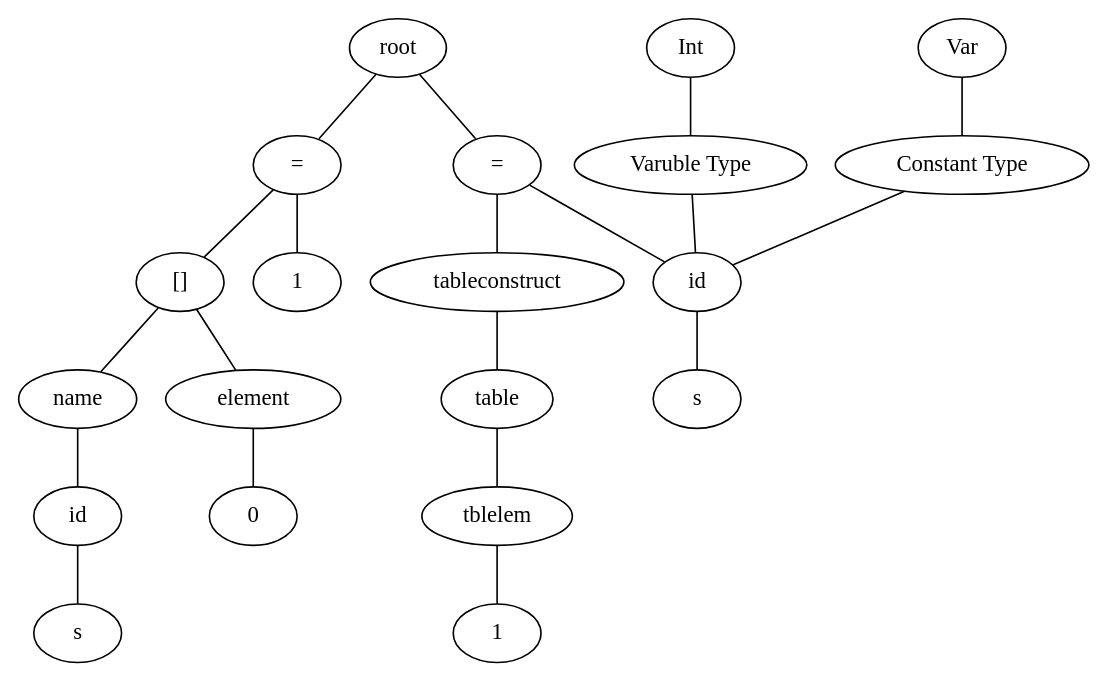
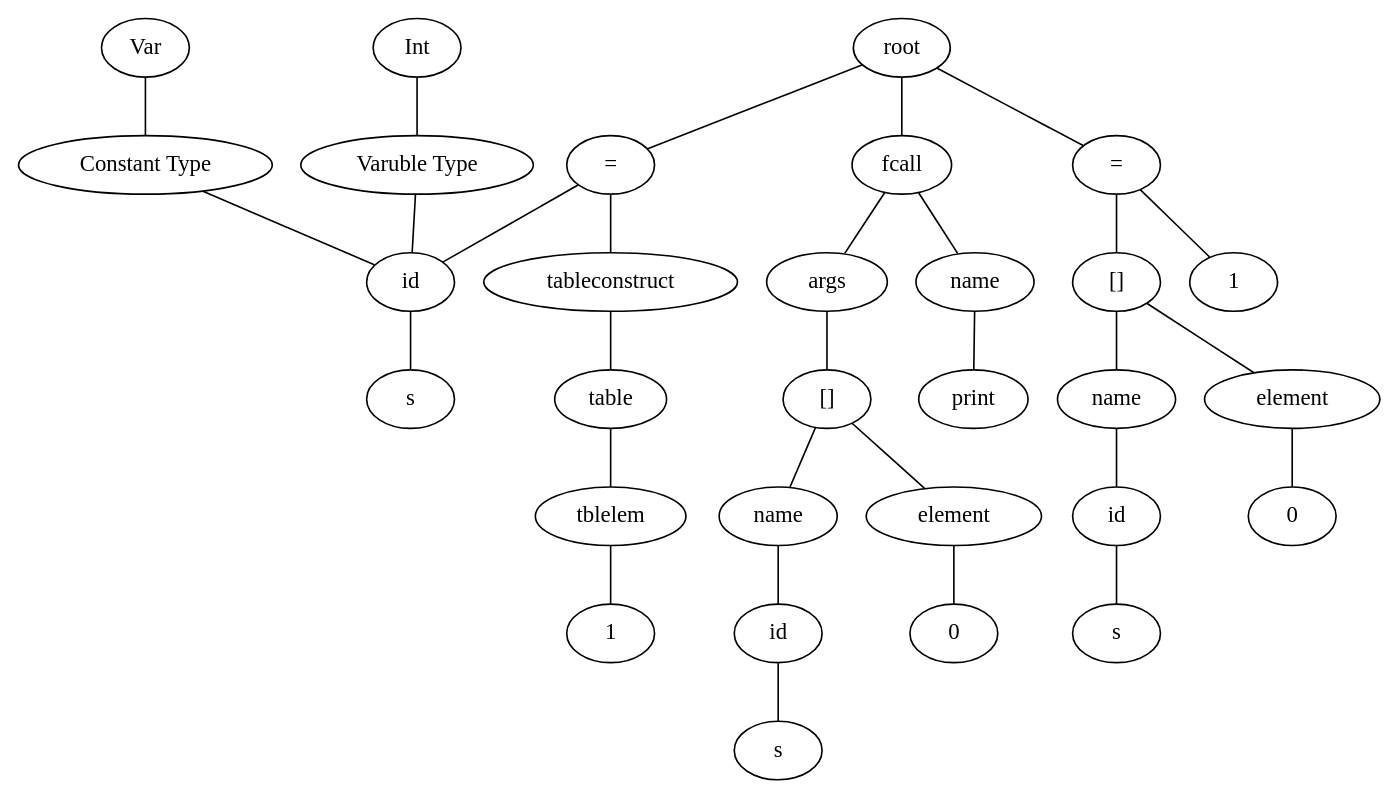
The diagram in build/file.dot (TAIIOK/SwiftCompilerToJavaByteCode), drawn with Graphviz before and after one commit. The commit also changed 6 other files, not shown here.

```diff
--- a/build/file.dot
+++ b/build/file.dot
@@ -1,41 +1,61 @@
 graph graphname {
 root;
 assign0[label = "="];
 root--assign0;
 expr0[label = "id"];
 assign0--expr0;
 type0[label = "Varuble Type"];
 type0--expr0;
 type1[label = "Int"];
 type1--type0;
 consttype0[label = "Constant Type"];
 consttype0--expr0;
 consttype1[label = "Var"];
 consttype1--consttype0;
 expr1[label = "s"];
 expr0--expr1;
 expr2[label = "tableconstruct"];
 assign0--expr2;
 table0[label = "table"];
 expr2--table0;
 table00[label = "tblelem"];
 table0--table00;
 expr3[label = "1"];
 table00--expr3;
 assign1[label = "="];
 root--assign1;
 expr4[label = "[]"];
 assign1--expr4;
 expr4name[label = "name"];
 expr5[label = "id"];
 expr4name--expr5;
 expr6[label = "s"];
 expr5--expr6;
 expr4--expr4name;
 expr4args[label = " element "];
 expr4 -- expr4args;
 expr7[label = "0"];
 expr4args--expr7;
 expr8[label = "1"];
 assign1--expr8;
+expr9[label = "fcall"];
+root--expr9;
+expr9name[label = "name"];
+expr10[label = "print"];
+expr9name--expr10;
+expr9--expr9name;
+expr9args[label = " args "];
+expr9 -- expr9args;
+expr11[label = "[]"];
+expr9args--expr11;
+expr11name[label = "name"];
+expr12[label = "id"];
+expr11name--expr12;
+expr13[label = "s"];
+expr12--expr13;
+expr11--expr11name;
+expr11args[label = " element "];
+expr11 -- expr11args;
+expr14[label = "0"];
+expr11args--expr14;
 }
```
